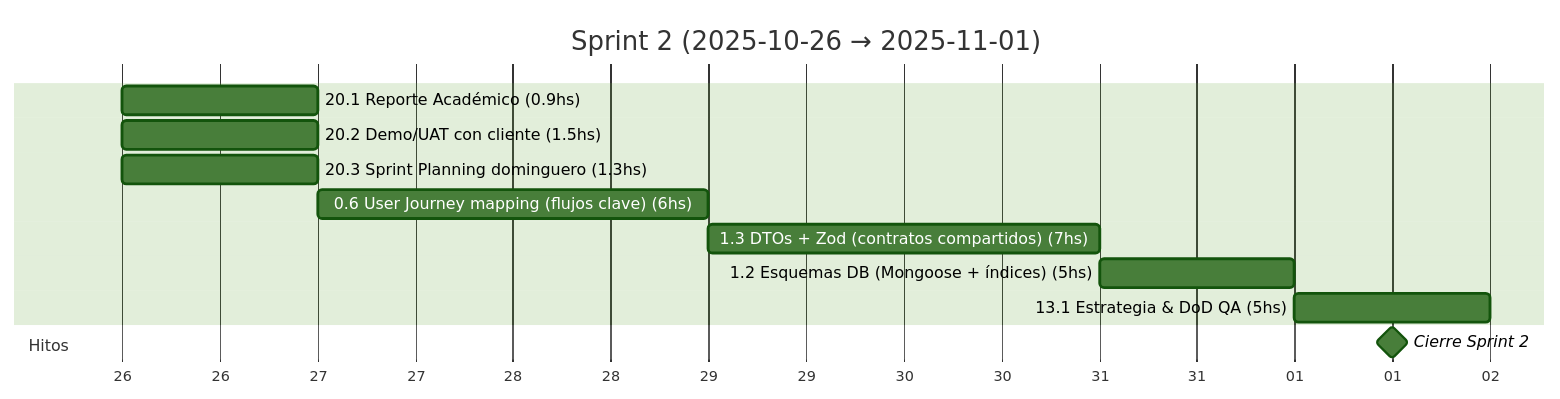
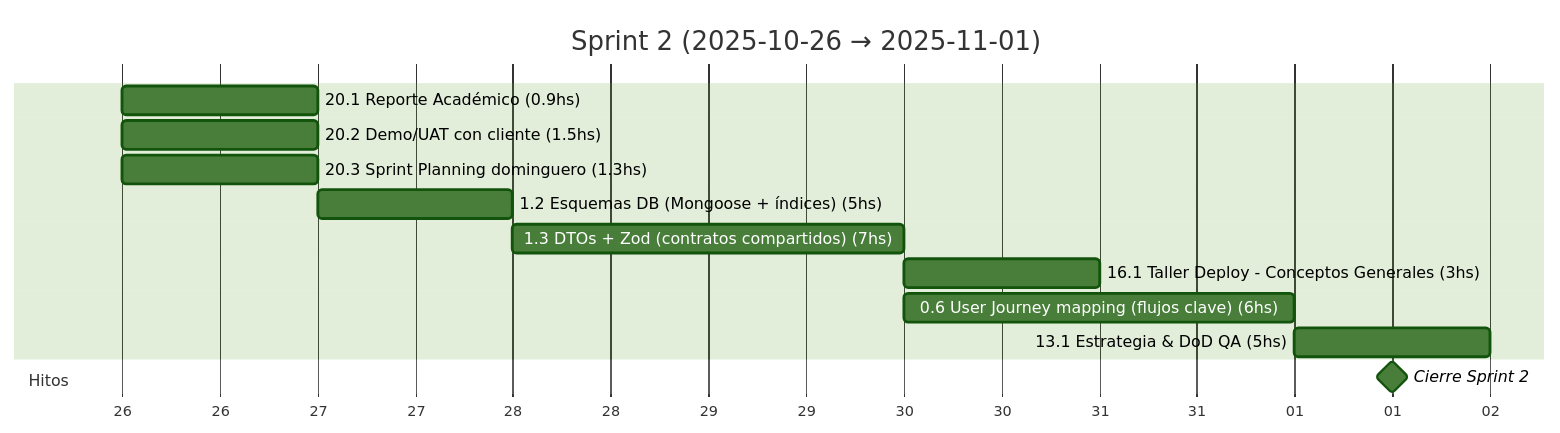
The third of 18 diagrams in docs/SprintsGantts.md (MarkMed/FleetMan), drawn with Mermaid (forest theme) before and after one commit. The commit also changed other lines of this file and 1 other file, not shown here.

Commit message:
Update sprint planning and Gantt charts: add deployment workshops and adjust task durations

````diff
--- a/docs/SprintsGantts.md
+++ b/docs/SprintsGantts.md
@@ -78,19 +78,20 @@
 ```mermaid
 gantt
   title Sprint 2 (2025-10-26 → 2025-11-01)
   dateFormat  YYYY-MM-DD
   axisFormat  %d
 
   %% Asumimos 5 h/día. Horas estimadas incluidas en el nombre.
 
   20.1 Reporte Académico (0.9hs)               :t201, 2025-10-26, 1d
   20.2 Demo/UAT con cliente (1.5hs)            :t202, 2025-10-26, 1d
   20.3 Sprint Planning dominguero (1.3hs)      :t203, 2025-10-26, 1d
-  0.6 User Journey mapping (flujos clave) (6hs) :t06, after t203, 2d
-  1.3 DTOs + Zod (contratos compartidos) (7hs) :t13, after t06, 2d
-  1.2 Esquemas DB (Mongoose + índices) (5hs)   :t12, after t13, 1d
-  13.1 Estrategia & DoD QA (5hs)               :t131, after t12, 1d
+  1.2 Esquemas DB (Mongoose + índices) (5hs)   :t12, after t203, 1d
+  1.3 DTOs + Zod (contratos compartidos) (7hs) :t13, after t12, 2d
+  16.1 Taller Deploy - Conceptos Generales (3hs) :t161, 2025-10-30, 1d
+  0.6 User Journey mapping (flujos clave) (6hs) :t06, after t13, 2d
+  13.1 Estrategia & DoD QA (5hs)               :t131, after t06, 1d
 
   section Hitos
   Cierre Sprint 2                              :milestone, s2, 2025-11-01, 1d
 ```
````
